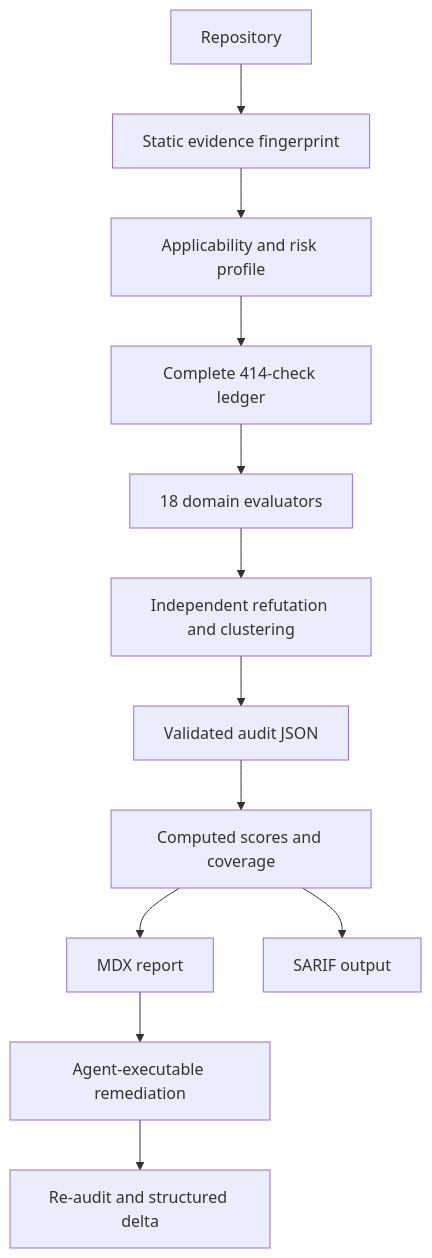
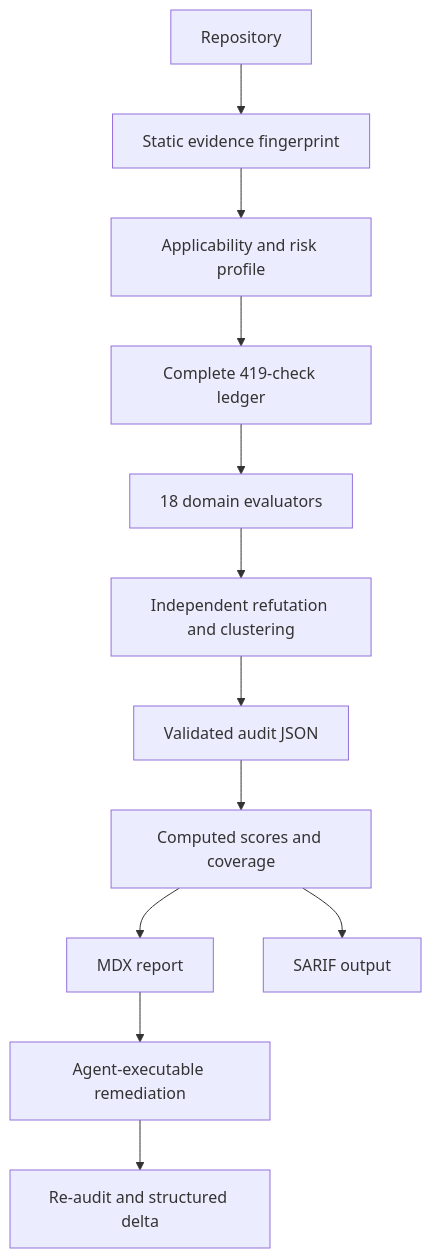
The diagram in README.md (hannsxpeter/godaudits), drawn with Mermaid before and after one commit. The commit also changed other lines of this file and 86 other files, not shown here.

````diff
--- a/README.md
+++ b/README.md
@@ -89,14 +102,14 @@
 ```mermaid
 flowchart TD
   A[Repository] --> B[Static evidence fingerprint]
   B --> C[Applicability and risk profile]
-  C --> D[Complete 414-check ledger]
+  C --> D[Complete 419-check ledger]
   D --> E[18 domain evaluators]
   E --> F[Independent refutation and clustering]
   F --> G[Validated audit JSON]
   G --> H[Computed scores and coverage]
   H --> I[MDX report]
   H --> J[SARIF output]
   I --> K[Agent-executable remediation]
   K --> L[Re-audit and structured delta]
 ```
````
